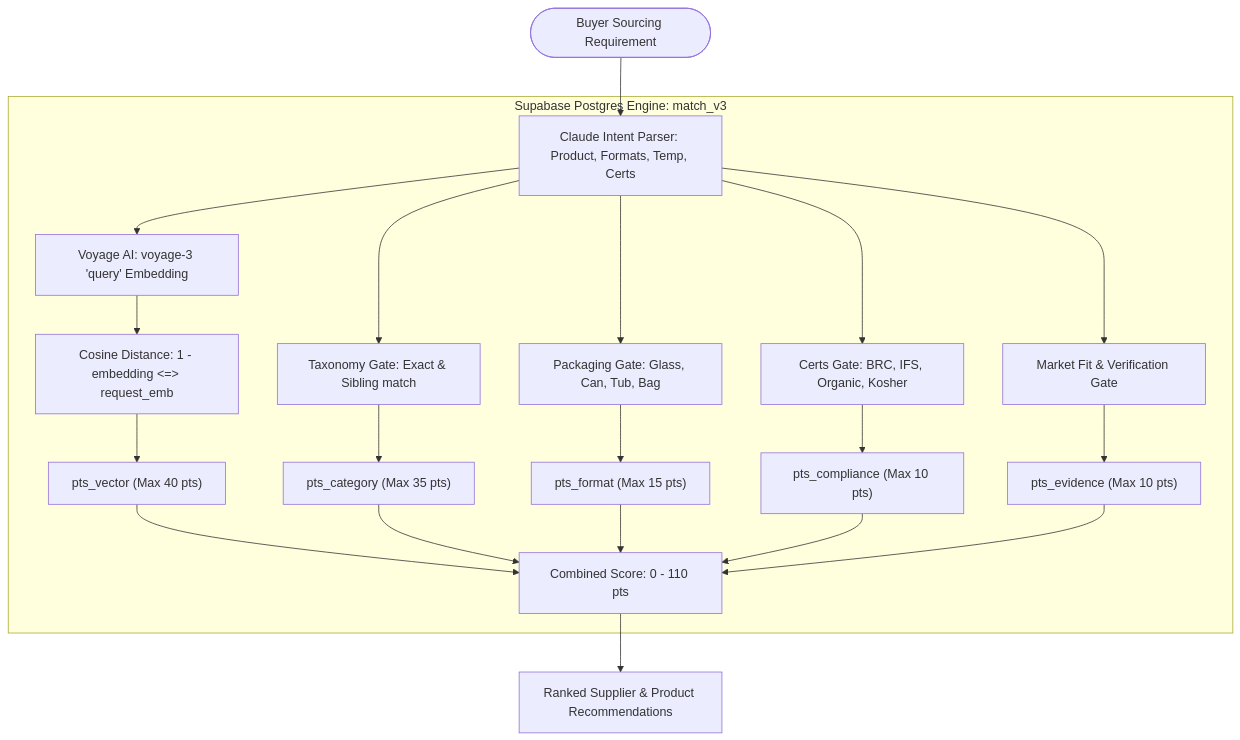
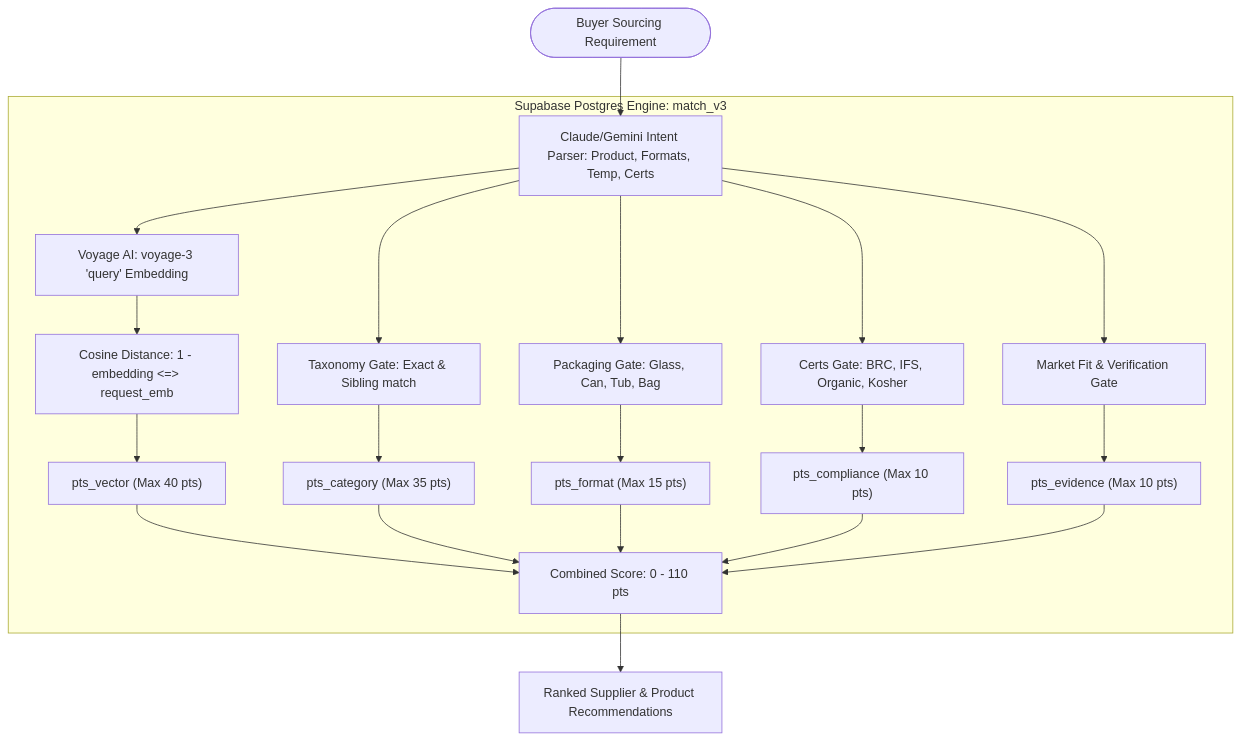
The second of 4 diagrams in docs/ARCHITECTURE.md (foodXchange/FDX), drawn with Mermaid before and after one commit. The commit also changed other lines of this file and 5 other files, not shown here.

Commit message:
docs: comprehensively update architecture, product story, admin guide, API directory, roadmap, and README

````diff
--- a/docs/ARCHITECTURE.md
+++ b/docs/ARCHITECTURE.md
@@ -27,26 +34,26 @@
 ```mermaid
 flowchart TD
-    Inquiry([Buyer Sourcing Requirement]) --> PIP[Claude Intent Parser: Product, Formats, Temp, Certs]
+    Inquiry([Buyer Sourcing Requirement]) --> PIP[Claude/Gemini Intent Parser: Product, Formats, Temp, Certs]
     PIP --> Embed[Voyage AI: voyage-3 'query' Embedding]
     
     subgraph Supabase Postgres Engine: match_v3
         Embed --> CosineSim[Cosine Distance: 1 - embedding <=> request_emb]
         CosineSim --> ScoreVec["pts_vector (Max 40 pts)"]
         
         PIP --> FilterCategory["Taxonomy Gate: Exact & Sibling match"]
         FilterCategory --> ScoreCategory["pts_category (Max 35 pts)"]
         
         PIP --> FilterFormat["Packaging Gate: Glass, Can, Tub, Bag"]
         FilterFormat --> ScoreFormat["pts_format (Max 15 pts)"]
         
         PIP --> FilterCompliance["Certs Gate: BRC, IFS, Organic, Kosher"]
         FilterCompliance --> ScoreCompliance["pts_compliance (Max 10 pts)"]
         
         PIP --> FilterEvidence["Market Fit & Verification Gate"]
         FilterEvidence --> ScoreEvidence["pts_evidence (Max 10 pts)"]
         
         ScoreVec & ScoreCategory & ScoreFormat & ScoreCompliance & ScoreEvidence --> Aggregate[Combined Score: 0 - 110 pts]
     end
 
     Aggregate --> TopCandidates[Ranked Supplier & Product Recommendations]
 ```
````
